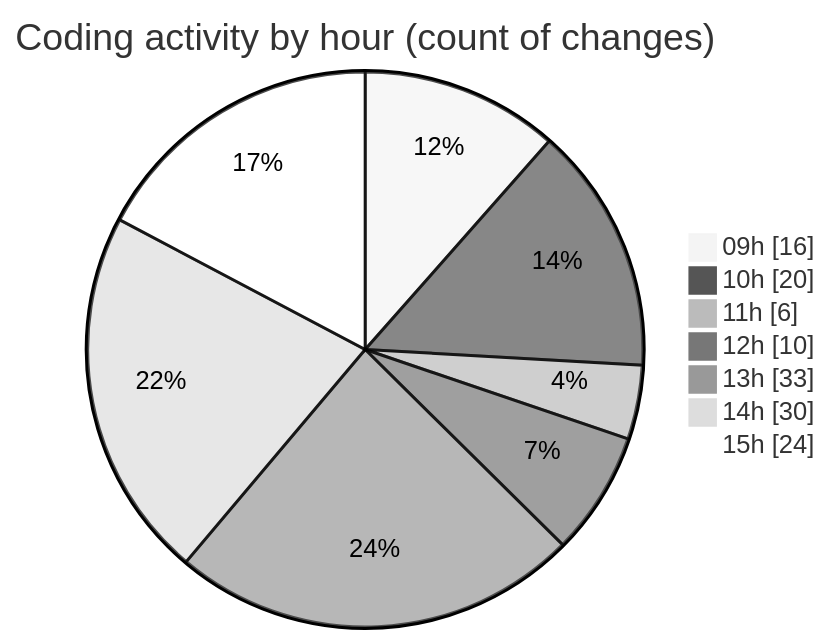
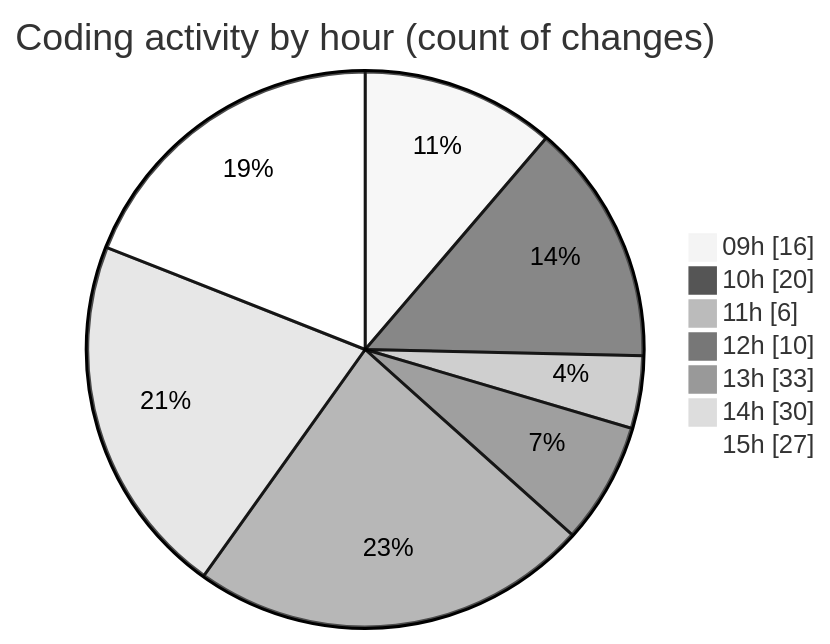
The second of 2 diagrams in 2025-05-16/cda/README.md (momahboobian/code-tracking), drawn with Mermaid (neutral theme) before and after one commit. The commit also changed other lines of this file and 1 other file, not shown here.

````diff
--- a/2025-05-16/cda/README.md
+++ b/2025-05-16/cda/README.md
@@ -58,11 +61,11 @@
 ```mermaid
 pie showData
 title Coding activity by hour (count of changes)
 "09h" : 16
 "10h" : 20
 "11h" : 6
 "12h" : 10
 "13h" : 33
 "14h" : 30
-"15h" : 24
+"15h" : 27
 ```
````
